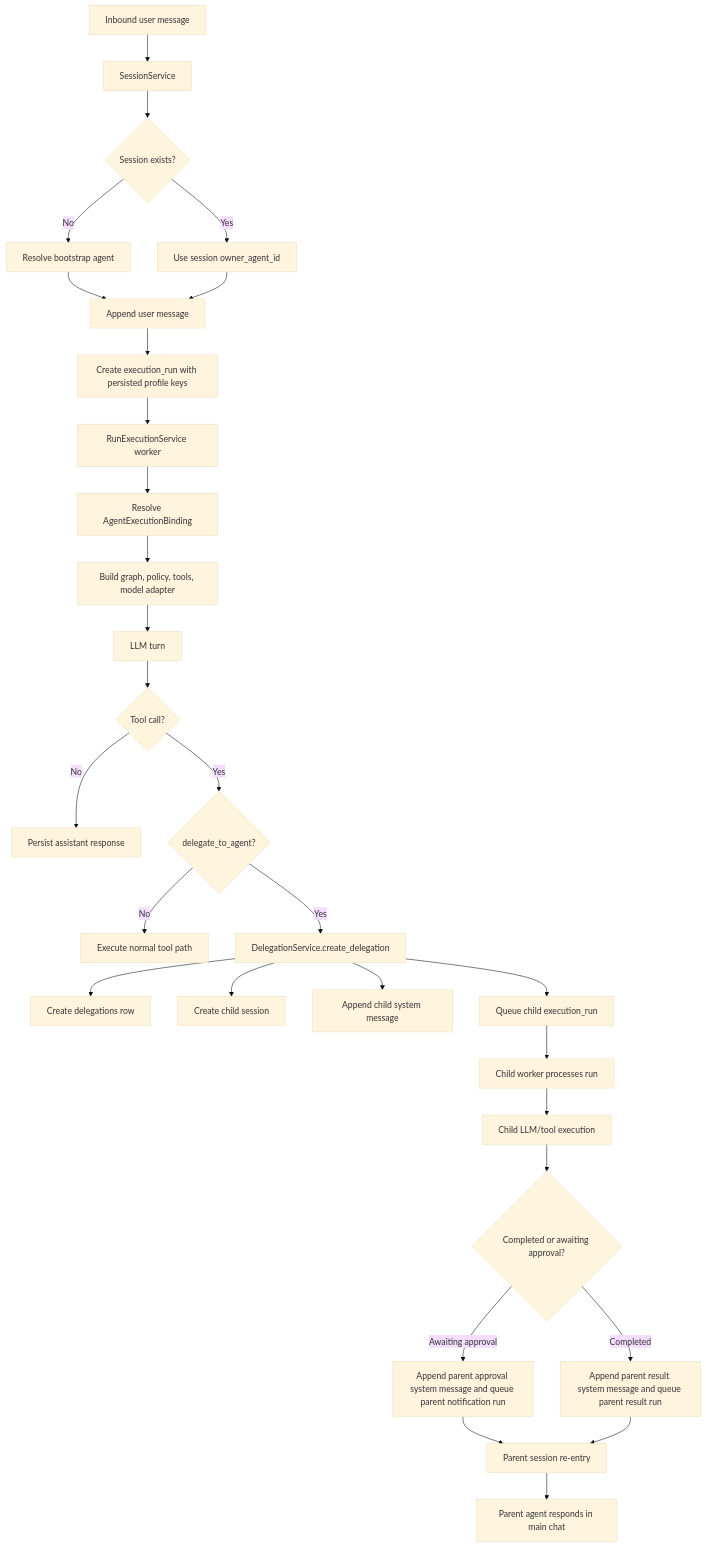
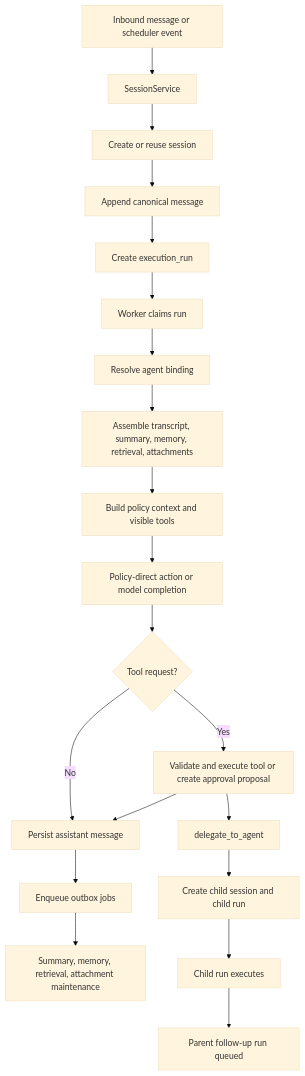
Before and after one commit to scott5252/python-claw: the diagram in docs/agents_sub_agents.md, drawn with Mermaid (base theme). The commit also changed other lines of this file and 1 other file, not shown here.

````diff
--- a/docs/agents_sub_agents.md
+++ b/docs/agents_sub_agents.md
@@ -475,31 +542,22 @@
 ```mermaid
 flowchart TD
-    A[Inbound user message] --> B[SessionService]
-    B --> C{Session exists?}
-    C -- No --> D[Resolve bootstrap agent]
-    C -- Yes --> E[Use session owner_agent_id]
-    D --> F[Append user message]
-    E --> F
-    F --> G[Create execution_run with persisted profile keys]
-    G --> H[RunExecutionService worker]
-    H --> I[Resolve AgentExecutionBinding]
-    I --> J[Build graph, policy, tools, model adapter]
-    J --> K[LLM turn]
-    K --> L{Tool call?}
-    L -- No --> M[Persist assistant response]
-    L -- Yes --> N{delegate_to_agent?}
-    N -- No --> O[Execute normal tool path]
-    N -- Yes --> P[DelegationService.create_delegation]
-    P --> Q[Create delegations row]
-    P --> R[Create child session]
-    P --> S[Append child system message]
-    P --> T[Queue child execution_run]
-    T --> U[Child worker processes run]
-    U --> V[Child LLM/tool execution]
-    V --> W{Completed or awaiting approval?}
-    W -- Awaiting approval --> X[Append parent approval system message and queue parent notification run]
-    W -- Completed --> Y[Append parent result system message and queue parent result run]
-    X --> Z[Parent session re-entry]
-    Y --> Z
-    Z --> AA[Parent agent responds in main chat]
+    A[Inbound message or scheduler event] --> B[SessionService]
+    B --> C[Create or reuse session]
+    C --> D[Append canonical message]
+    D --> E[Create execution_run]
+    E --> F[Worker claims run]
+    F --> G[Resolve agent binding]
+    G --> H[Assemble transcript, summary, memory, retrieval, attachments]
+    H --> I[Build policy context and visible tools]
+    I --> J[Policy-direct action or model completion]
+    J --> K{Tool request?}
+    K -- No --> L[Persist assistant message]
+    K -- Yes --> M[Validate and execute tool or create approval proposal]
+    M --> L
+    M --> N[delegate_to_agent]
+    N --> O[Create child session and child run]
+    O --> P[Child run executes]
+    P --> Q[Parent follow-up run queued]
+    L --> R[Enqueue outbox jobs]
+    R --> S[Summary, memory, retrieval, attachment maintenance]
 ```
````
